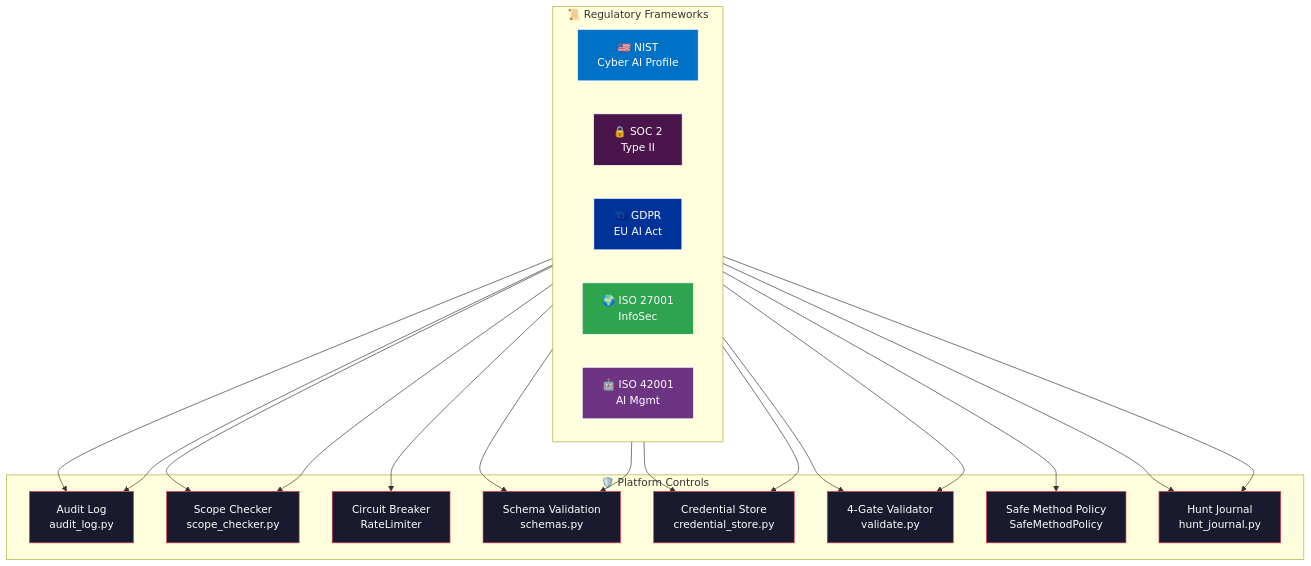
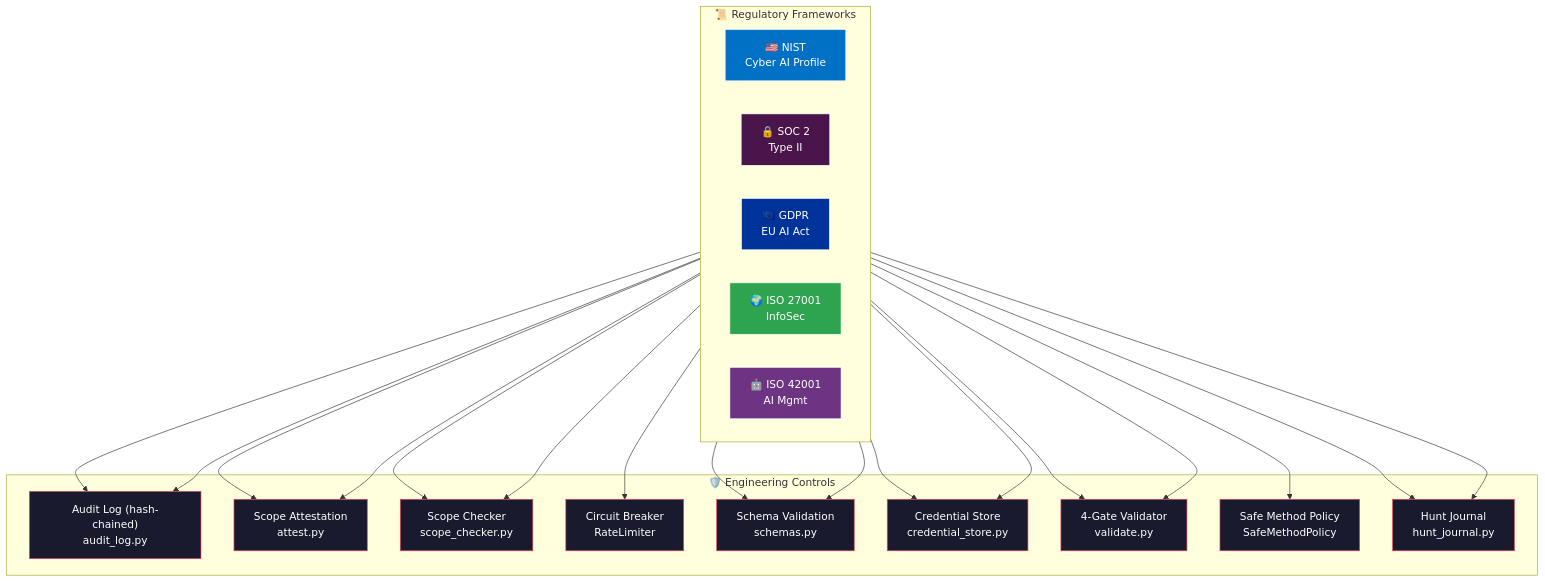
One commit to mlvpatel/sentinel-ai-offensive changed the diagram in COMPLIANCE.md. Above: the diagram before and after it, drawn with Mermaid. The commit also changed other lines of this file and 5 other files, not shown here.

First line of the commit message:
docs: sync all docs to current state; README architecture + math + license (#11)

````diff
--- a/COMPLIANCE.md
+++ b/COMPLIANCE.md
@@ -21,42 +24,44 @@
 ```mermaid
 graph TB
     subgraph FRAMEWORKS["📜 Regulatory Frameworks"]
         direction LR
         NIST["🇺🇸 NIST\nCyber AI Profile"]
         SOC2["🔒 SOC 2\nType II"]
         GDPR["🇪🇺 GDPR\nEU AI Act"]
         ISO27["🌍 ISO 27001\nInfoSec"]
         ISO42["🤖 ISO 42001\nAI Mgmt"]
     end
 
-    subgraph CONTROLS["🛡️ Platform Controls"]
-        AUDIT["Audit Log\naudit_log.py"]
+    subgraph CONTROLS["🛡️ Engineering Controls"]
+        AUDIT["Audit Log (hash-chained)\naudit_log.py"]
+        ATTEST["Scope Attestation\nattest.py"]
         SCOPE["Scope Checker\nscope_checker.py"]
         CIRCUIT["Circuit Breaker\nRateLimiter"]
         SCHEMA["Schema Validation\nschemas.py"]
         CRED["Credential Store\ncredential_store.py"]
         VALIDATE["4-Gate Validator\nvalidate.py"]
         SAFE["Safe Method Policy\nSafeMethodPolicy"]
         JOURNAL["Hunt Journal\nhunt_journal.py"]
     end
 
     NIST --> CIRCUIT & SAFE
-    SOC2 --> AUDIT & SCOPE & CRED
+    SOC2 --> AUDIT & ATTEST & SCOPE & CRED
     GDPR --> AUDIT & SCHEMA & JOURNAL
-    ISO27 --> SCOPE & CRED & VALIDATE
+    ISO27 --> SCOPE & ATTEST & CRED & VALIDATE
     ISO42 --> JOURNAL & SCHEMA & VALIDATE
 
     style NIST fill:#0071C5,stroke:#fff,color:#fff
     style SOC2 fill:#4A154B,stroke:#fff,color:#fff
     style GDPR fill:#003399,stroke:#fff,color:#fff
     style ISO27 fill:#2EA44F,stroke:#fff,color:#fff
     style ISO42 fill:#6C3483,stroke:#fff,color:#fff
     style AUDIT fill:#1a1a2e,stroke:#e94560,color:#fff
+    style ATTEST fill:#1a1a2e,stroke:#e94560,color:#fff
     style SCOPE fill:#1a1a2e,stroke:#e94560,color:#fff
     style CIRCUIT fill:#1a1a2e,stroke:#e94560,color:#fff
     style SCHEMA fill:#1a1a2e,stroke:#e94560,color:#fff
     style CRED fill:#1a1a2e,stroke:#e94560,color:#fff
     style VALIDATE fill:#1a1a2e,stroke:#e94560,color:#fff
     style SAFE fill:#1a1a2e,stroke:#e94560,color:#fff
     style JOURNAL fill:#1a1a2e,stroke:#e94560,color:#fff
 ```
````
